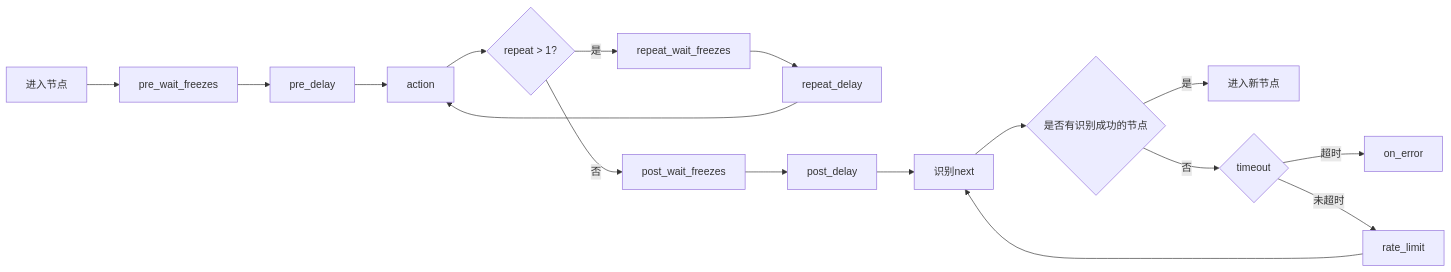
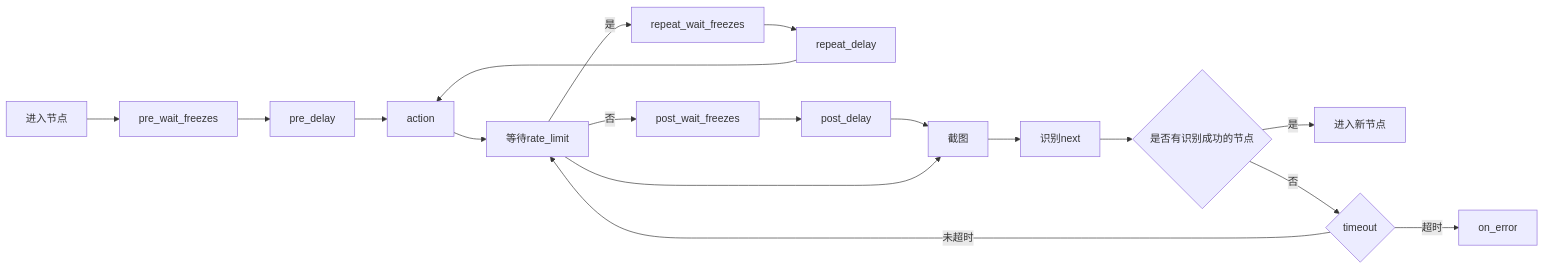
The third of 4 diagrams in docs/zh_cn/3.1-任务流水线协议.md (MaaXYZ/MaaFramework), drawn with Mermaid before and after one commit. The commit also changed 1 other file, not shown here.

Commit message:
docs: update pipeline protocol flowchart with screenshot step

````diff
--- a/docs/zh_cn/3.1-任务流水线协议.md
+++ b/docs/zh_cn/3.1-任务流水线协议.md
@@ -236,19 +236,20 @@
 ```mermaid
     graph LR
         A[进入节点] --> B[pre_wait_freezes]
         B --> C[pre_delay]
         C --> D[action]
         D --> M{repeat > 1?}
         M -->|是| N[repeat_wait_freezes]
         N --> O[repeat_delay]
         O --> D
         M -->|否| E[post_wait_freezes]
         E --> F[post_delay]
-        F --> G[识别next]
-        G --> H{是否有识别成功的节点}
-        H -->|是| I[进入新节点]
-        H -->|否| J{timeout}
-        J -->|超时| K[on_error]
-        J -->|未超时| L[rate_limit]
-        L --> G
+        F --> G[截图]
+        G --> H[识别next]
+        H --> I{是否有识别成功的节点}
+        I -->|是| J[进入新节点]
+        I -->|否| K{timeout}
+        K -->|超时| L[on_error]
+        K -->|未超时| M[等待rate_limit]
+        M --> G
 ```
````
